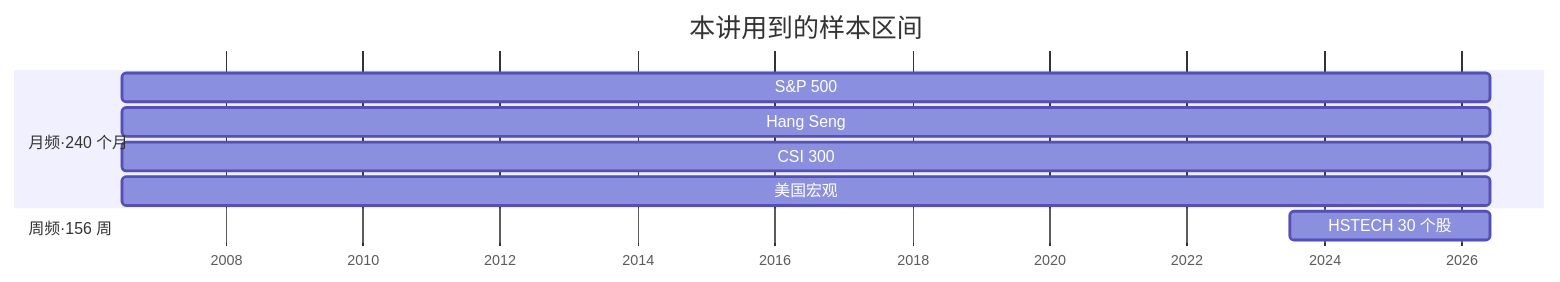
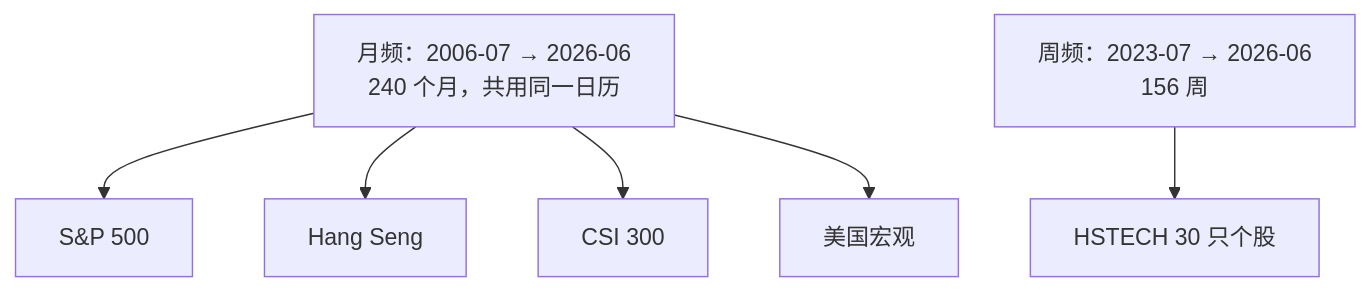
One commit to CercaTrovato/cityu-ai-course-notes changed the third of 9 diagrams in EF5560_Fintech_and_AI_in_Finance/notes/M01-金融数据与Vibe-Coding.md. Above: the diagram before and after it, drawn with Mermaid. The commit also changed other lines of this file and 224 other files, not shown here.

First line of the commit message:
完善五门课图文可读性并更新仓库首页

````diff
--- a/EF5560_Fintech_and_AI_in_Finance/notes/M01-金融数据与Vibe-Coding.md
+++ b/EF5560_Fintech_and_AI_in_Finance/notes/M01-金融数据与Vibe-Coding.md
@@ -470,13 +588,8 @@
 ```mermaid
-gantt
-    title 本讲用到的样本区间
-    dateFormat YYYY-MM
-    axisFormat %Y
-    section 月频·240 个月
-    S&P 500          :2006-07, 2026-06
-    Hang Seng        :2006-07, 2026-06
-    CSI 300          :2006-07, 2026-06
-    美国宏观          :2006-07, 2026-06
-    section 周频·156 周
-    HSTECH 30 个股    :2023-07, 2026-06
+flowchart TD
+    A["月频：2006-07 → 2026-06<br/>240 个月，共用同一日历"] --> A1["S&P 500"]
+    A --> A2["Hang Seng"]
+    A --> A3["CSI 300"]
+    A --> A4["美国宏观"]
+    B["周频：2023-07 → 2026-06<br/>156 周"] --> B1["HSTECH 30 只个股"]
 ```
````
